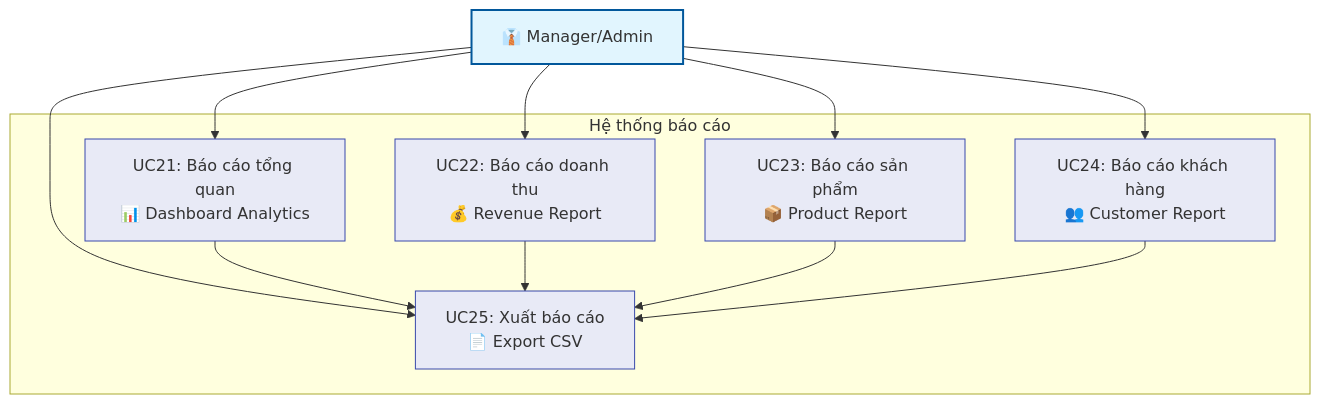
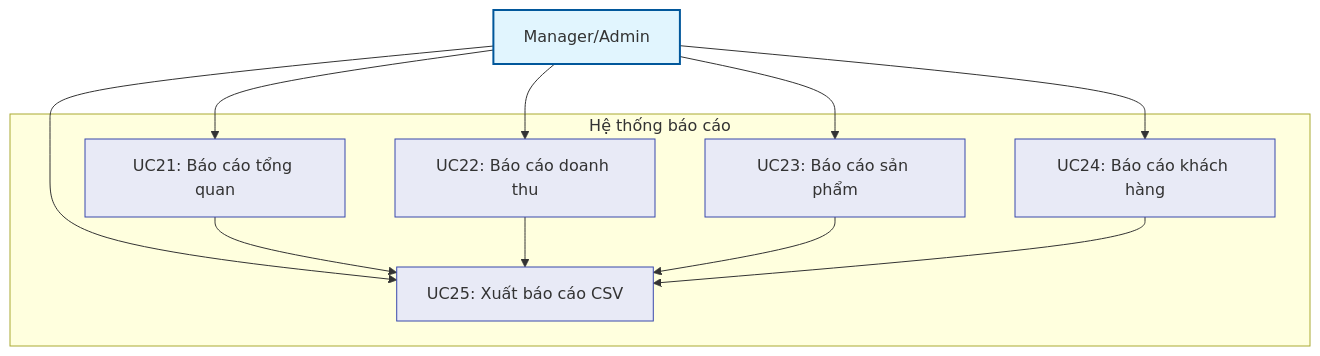
The eighth of 15 diagrams in docs/COMPLETE_USE_CASES.md (vinhhoang04cp/webshop), drawn with Mermaid before and after one commit. The commit also changed other lines of this file, not shown here.

````diff
--- a/docs/COMPLETE_USE_CASES.md
+++ b/docs/COMPLETE_USE_CASES.md
@@ -717,29 +717,29 @@
 ```mermaid
 graph TB
-    Manager[👔 Manager/Admin]
+    Manager[Manager/Admin]
     
     subgraph "Hệ thống báo cáo"
-        UC21[UC21: Báo cáo tổng quan<br/>📊 Dashboard Analytics]
-        UC22[UC22: Báo cáo doanh thu<br/>💰 Revenue Report]
-        UC23[UC23: Báo cáo sản phẩm<br/>📦 Product Report]
-        UC24[UC24: Báo cáo khách hàng<br/>👥 Customer Report]
-        UC25[UC25: Xuất báo cáo<br/>📄 Export CSV]
+        UC21[UC21: Báo cáo tổng quan]
+        UC22[UC22: Báo cáo doanh thu]
+        UC23[UC23: Báo cáo sản phẩm]
+        UC24[UC24: Báo cáo khách hàng]
+        UC25[UC25: Xuất báo cáo CSV]
     end
     
     Manager --> UC21
     Manager --> UC22
     Manager --> UC23
     Manager --> UC24
     Manager --> UC25
     
     UC21 --> UC25
     UC22 --> UC25
     UC23 --> UC25
     UC24 --> UC25
     
     classDef actor fill:#e1f5fe,stroke:#01579b,stroke-width:2px
     classDef usecase fill:#e8eaf6,stroke:#3949ab,stroke-width:1px
     
     class Manager actor
     class UC21,UC22,UC23,UC24,UC25 usecase
 ```
````
